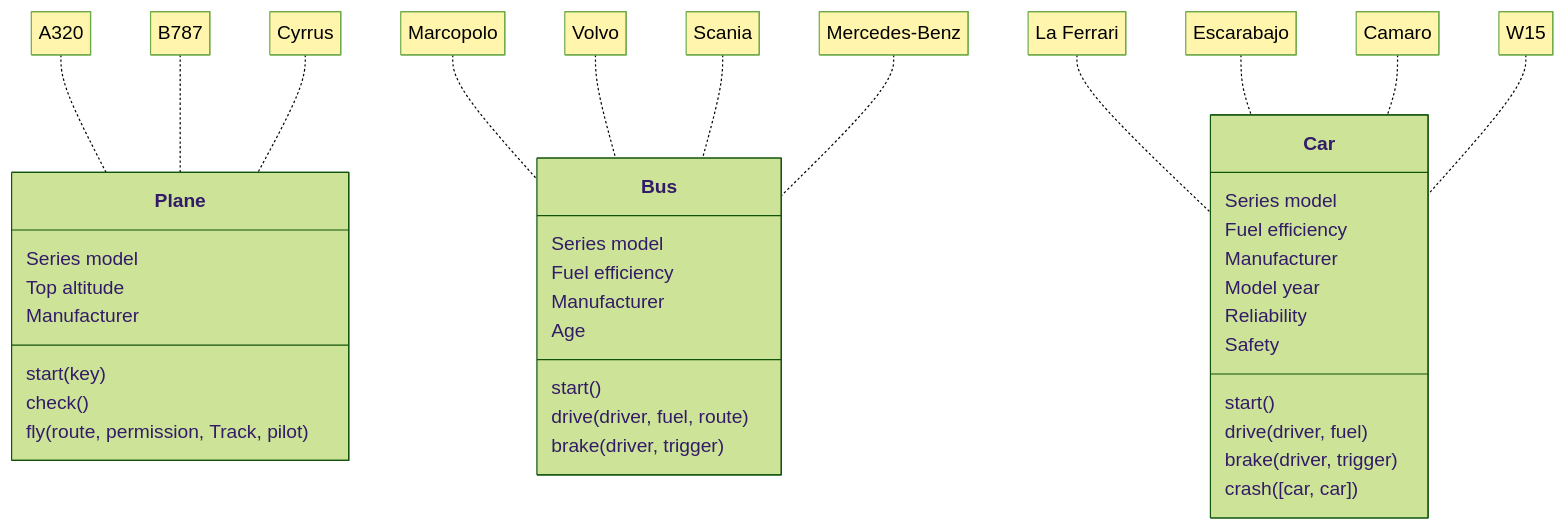
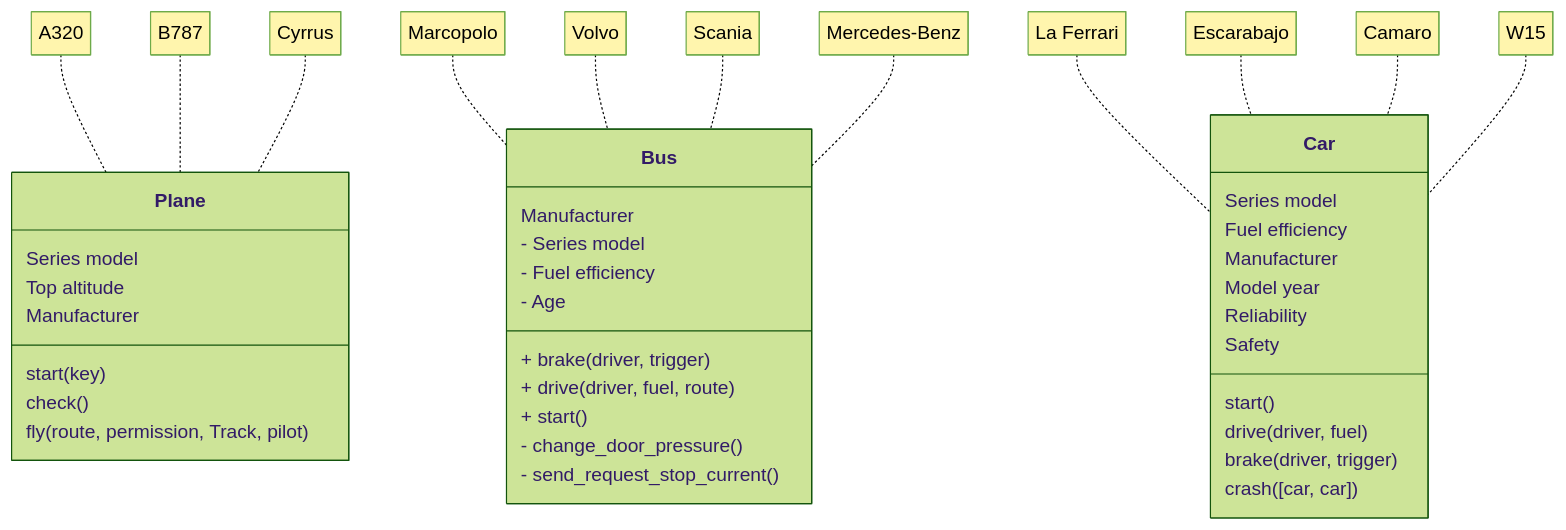
The fourth of 7 diagrams in Concepts_OOP.md (Unbo10/OOP), drawn with Mermaid (forest theme) before and after one commit. The commit also changed other lines of this file and 7 other files, not shown here.

````diff
--- a/Concepts_OOP.md
+++ b/Concepts_OOP.md
@@ -111,47 +113,49 @@
 ```mermaid
 classDiagram
     direction TB
     class Plane {
         Series model
         Top altitude
         Manufacturer
         start(key)
         check()
         fly(route, permission, Track, pilot)
     }
     note for Plane "A320"
     note for Plane "B787"
     note for Plane "Cyrrus"
 
     class Bus {
-        Series model
-        Fuel efficiency
         Manufacturer
-        Age
-        start()
-        drive(driver, fuel, route)
-        brake(driver, trigger)
+        - Series model
+        - Fuel efficiency
+        - Age
+        + brake(driver, trigger)
+        + drive(driver, fuel, route)
+        + start()
+        - change_door_pressure()
+        - send_request_stop_current()
     }
     note for Bus "Marcopolo"
     note for Bus "Volvo"
     note for Bus "Scania"
     note for Bus "Mercedes-Benz"
 
     class Car {
         Series model
         Fuel efficiency
         Manufacturer
         Model year
         Reliability
         Safety
         start()
         drive(driver, fuel)
         brake(driver, trigger)
         crash([car, car])
     }
     note for Car "La Ferrari"
     note for Car "Escarabajo"
     note for Car "Camaro"
     note for Car "W15"
 
 ```
````
